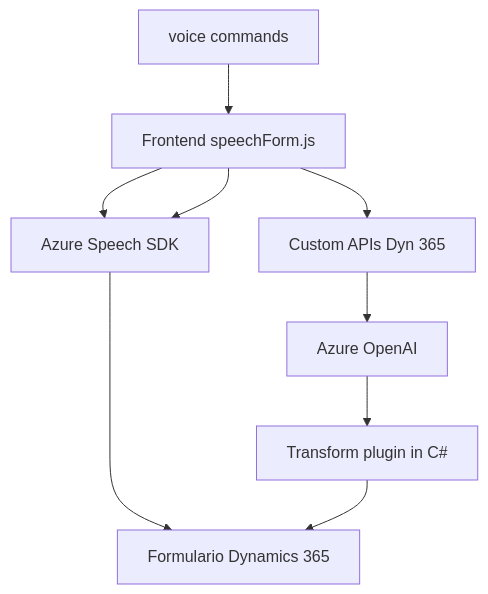
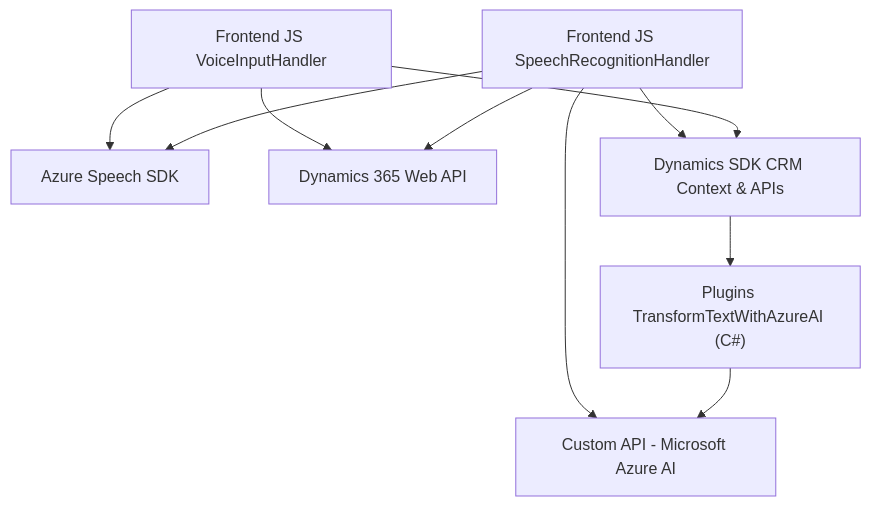
One commit to blopezdm/NETCORE_BILBAO2025 changed the diagram in README.md. Above: the diagram before and after it, drawn with Mermaid. The commit also changed other lines of this file, not shown here.

````diff
--- a/README.md
+++ b/README.md
@@ -30,11 +28,12 @@
 ```mermaid
 graph TD
-    A[Frontend readForm.js] --> B["Azure Speech SDK"]
-    A[Frontend speechForm.js] --> B["Azure Speech SDK"]
-    A --> C[Custom APIs Dyn 365]
-    C --> G["Azure OpenAI"]
-    B --> D[Formulario Dynamics 365]
-    G --> F["Transform plugin in C#"]
-    F --> D[Formulario Dynamics 365]
-    E["voice commands"] --> A
+    A["Frontend JS VoiceInputHandler"] --> B["Azure Speech SDK"]
+    A --> C["Dynamics 365 Web API"]
+    D["Frontend JS SpeechRecognitionHandler"] --> C
+    D --> B
+    D --> E["Custom API - Microsoft Azure AI"]
+    F["Plugins TransformTextWithAzureAI (C#)"] --> E
+    G["Dynamics SDK CRM Context & APIs"] --> F
+    D --> G
+    A --> G
 ```
````
